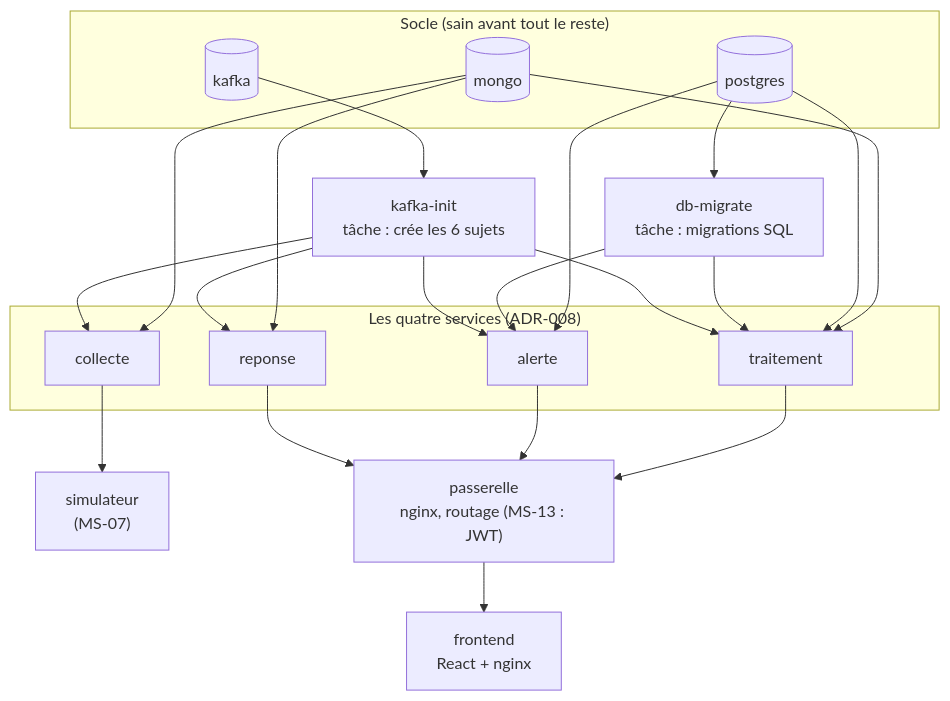
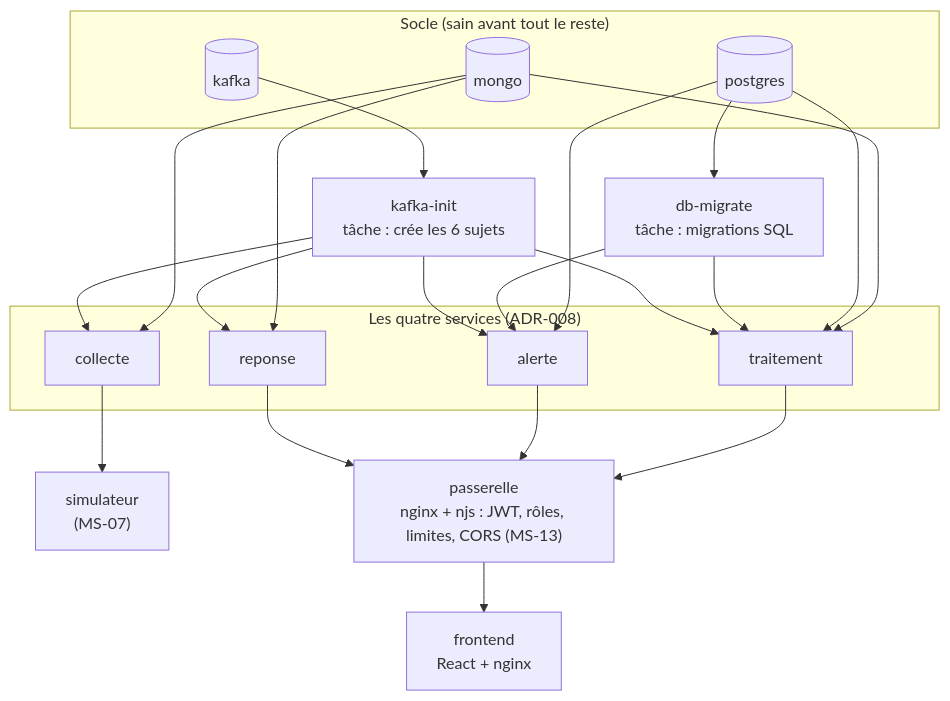
The diagram in docs/08-exploitation/pile-locale.md (RobelManoa/novaria-core), drawn with Mermaid before and after one commit. The commit also changed other lines of this file and 28 other files, not shown here.

````diff
--- a/docs/08-exploitation/pile-locale.md
+++ b/docs/08-exploitation/pile-locale.md
@@ -14,25 +14,25 @@
 ```mermaid
 flowchart TB
     subgraph SOCLE["Socle (sain avant tout le reste)"]
         PG[(postgres)]
         MG[(mongo)]
         KF[(kafka)]
     end
     MIG["db-migrate<br/>tâche : migrations SQL"]
     KI["kafka-init<br/>tâche : crée les 6 sujets"]
     PG --> MIG
     KF --> KI
     subgraph SERVICES["Les quatre services (ADR-008)"]
         COL[collecte]
         TRA[traitement]
         ALE[alerte]
         REP[reponse]
     end
     MG --> COL & TRA & REP
     PG --> TRA & ALE
     MIG --> TRA & ALE
     KI --> COL & TRA & ALE & REP
     COL --> SIM["simulateur<br/>(MS-07)"]
-    TRA & ALE & REP --> GW["passerelle<br/>nginx, routage (MS-13 : JWT)"]
+    TRA & ALE & REP --> GW["passerelle<br/>nginx + njs : JWT, rôles, limites, CORS (MS-13)"]
     GW --> FE["frontend<br/>React + nginx"]
 ```
````
